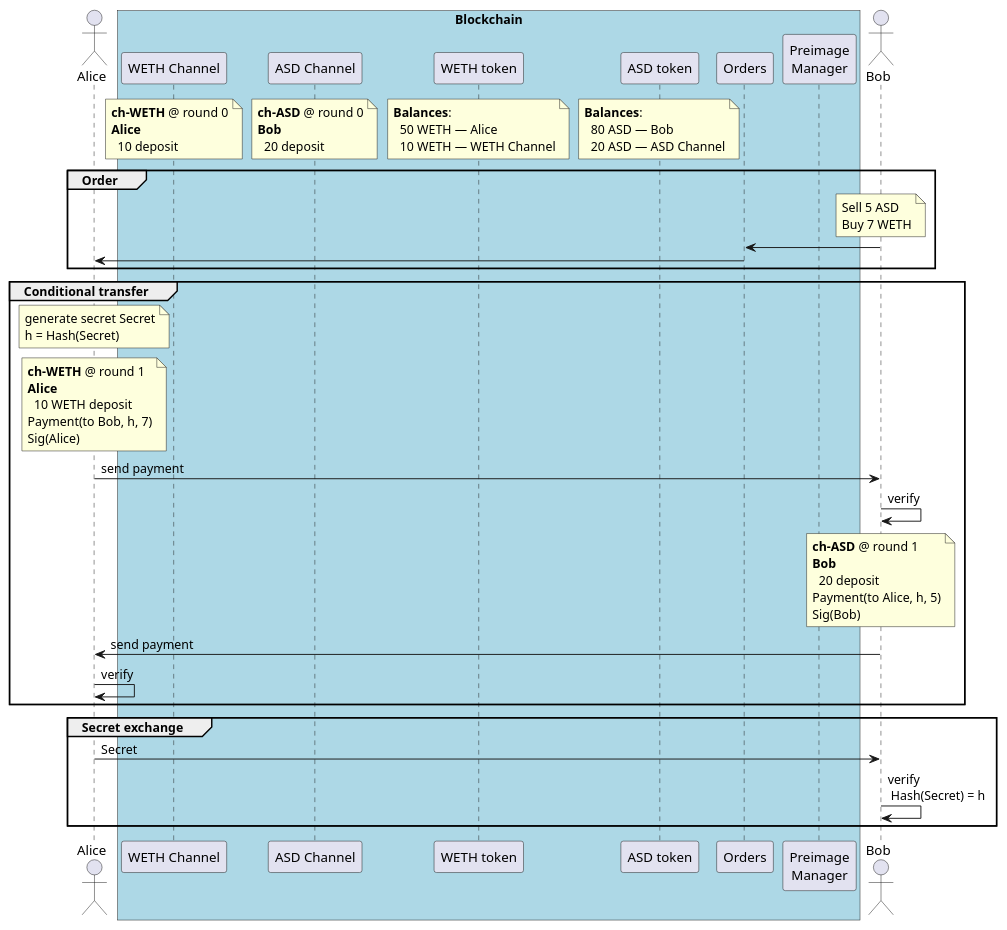
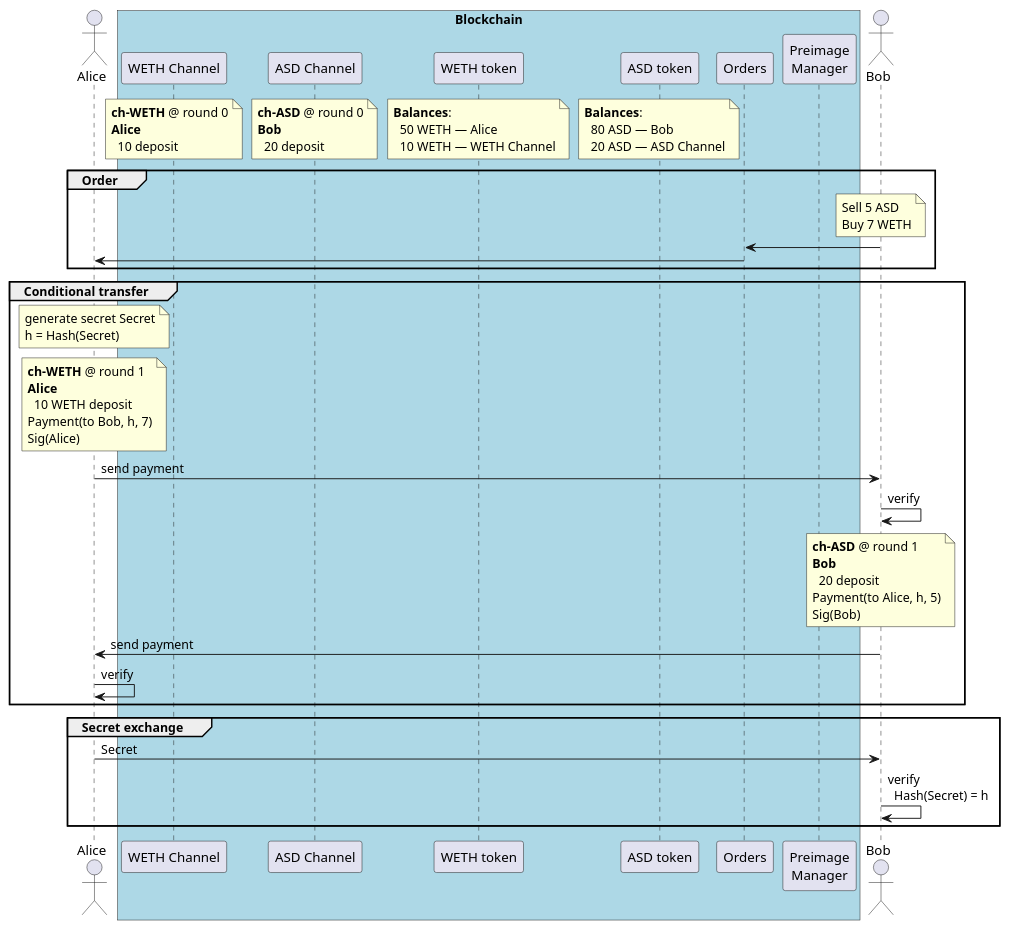
Before and after one commit to enumatech/cljs-abi-viewer: the diagram in src/state_channel/two-party-sprites-swap-setup.iuml, drawn with PlantUML. The commit also changed 5 other files, not shown here.

Commit message:
Convert single-line notes in sequence diagrams into multi-line syntax

```diff
--- a/src/state_channel/two-party-sprites-swap-setup.iuml
+++ b/src/state_channel/two-party-sprites-swap-setup.iuml
@@ -1,42 +1,83 @@
 @startuml
 actor Alice as A
 
 box "Blockchain" #lightblue
     participant "WETH Channel" as wethch
     participant "ASD Channel" as asdch
     participant "WETH token" as weth
     participant "ASD token" as asd
     participant "Orders" as O
     participant "Preimage\nManager" as pm
-    end box
+end box
 
 actor Bob as B
 
-note over weth: **Balances**:\n  50 WETH — Alice\n  10 WETH — WETH Channel
-/ note over asd: **Balances**:\n  80 ASD — Bob\n  20 ASD — ASD Channel
+note over weth
+    **Balances**:
+      50 WETH — Alice
+      10 WETH — WETH Channel
+end note
 
-/ note over wethch: **ch-WETH** @ round 0\n**Alice**\n  10 deposit
-/ note over asdch: **ch-ASD** @ round 0\n**Bob**\n  20 deposit
+/ note over asd
+    **Balances**:
+      80 ASD — Bob
+      20 ASD — ASD Channel
+end note
+
+/ note over wethch
+    **ch-WETH** @ round 0
+    **Alice**
+      10 deposit
+end note
+
+/ note over asdch
+    **ch-ASD** @ round 0
+    **Bob**
+      20 deposit
+end note
 
 group Order
-    note over B: Sell 5 ASD\nBuy 7 WETH
+    note over B
+        Sell 5 ASD
+        Buy 7 WETH
+    end note
+
     B -> O:
     O -> A:
 end
 
 group Conditional transfer
-    note over A: generate secret Secret\nh = Hash(Secret)
-    note over A: **ch-WETH** @ round 1\n**Alice**\n  10 WETH deposit\nPayment(to Bob, h, 7)\nSig(Alice)
+    note over A
+        generate secret Secret
+        h = Hash(Secret)
+    end note
+
+    note over A
+        **ch-WETH** @ round 1
+        **Alice**
+          10 WETH deposit
+        Payment(to Bob, h, 7)
+        Sig(Alice)
+    end note
+
     A -> B: send payment
     B -> B: verify
-    note over B: **ch-ASD** @ round 1\n**Bob**\n  20 deposit\nPayment(to Alice, h, 5)\nSig(Bob)
+
+    note over B
+        **ch-ASD** @ round 1
+        **Bob**
+          20 deposit
+        Payment(to Alice, h, 5)
+        Sig(Bob)
+    end note
+
     B -> A: send payment
     A -> A: verify
 end
 
 group Secret exchange
- A -> B: Secret
- B -> B: verify \n Hash(Secret) = h
+    A -> B: Secret
+    B -> B: verify\n  Hash(Secret) = h
 end
 
 @enduml
```
